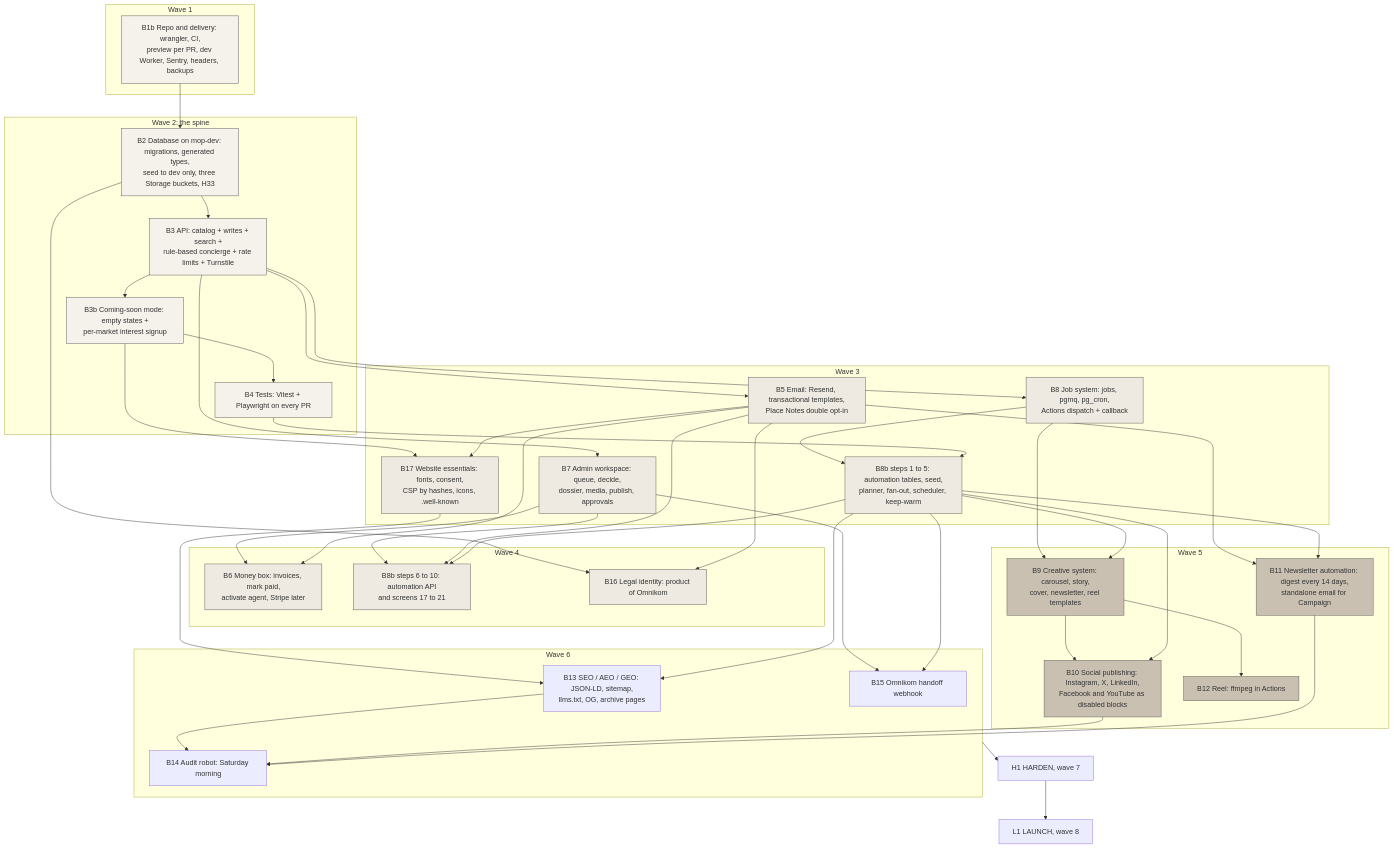
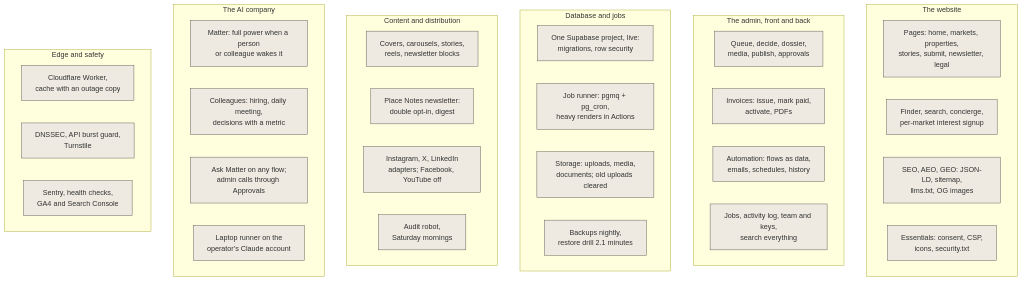
Before and after one commit to AbdulrahmanAmer/matter-of-place: the second of 3 diagrams in workspace/03-diagrams/completion-map.md, drawn with Mermaid. The commit also changed other lines of this file and 24 other files, not shown here.

First line of the commit message:
diagrams: where we stand by the operator's definition, the AI company and its power rules (H100, H101), the system map with everything built, 30 admin screens; pictures re-rendered

````diff
--- a/workspace/03-diagrams/completion-map.md
+++ b/workspace/03-diagrams/completion-map.md
@@ -26,74 +32,41 @@
 ```mermaid
 flowchart TB
-  subgraph W1["Wave 1"]
-    B1[B1b Repo and delivery: wrangler, CI,<br/>preview per PR, dev Worker, Sentry, headers, backups]
+  subgraph SITE["The website"]
+    P1[Pages: home, markets, properties,<br/>stories, submit, newsletter, legal]
+    P2[Finder, search, concierge,<br/>per-market interest signup]
+    P3[SEO, AEO, GEO: JSON-LD, sitemap,<br/>llms.txt, OG images]
+    P4[Essentials: consent, CSP,<br/>icons, security.txt]
   end
-  subgraph W2["Wave 2: the spine"]
-    B2[B2 Database on mop-dev: migrations, generated types,<br/>seed to dev only, three Storage buckets, H33]
-    B3[B3 API: catalog + writes + search +<br/>rule-based concierge + rate limits + Turnstile]
-    B3b[B3b Coming-soon mode: empty states +<br/>per-market interest signup]
-    B4[B4 Tests: Vitest + Playwright on every PR]
+  subgraph ADMIN["The admin, front and back"]
+    A1[Queue, decide, dossier,<br/>media, publish, approvals]
+    A2[Invoices: issue, mark paid,<br/>activate, PDFs]
+    A3[Automation: flows as data,<br/>emails, schedules, history]
+    A4[Jobs, activity log, team and keys,<br/>search everything]
   end
-  subgraph W3["Wave 3"]
-    B8[B8 Job system: jobs, pgmq, pg_cron,<br/>Actions dispatch + callback]
-    B8b1[B8b steps 1 to 5: automation tables, seed,<br/>planner, fan-out, scheduler, keep-warm]
-    B5[B5 Email: Resend, transactional templates,<br/>Place Notes double opt-in]
-    B7[B7 Admin workspace: queue, decide,<br/>dossier, media, publish, approvals]
-    B17[B17 Website essentials: fonts, consent,<br/>CSP by hashes, icons, .well-known]
+  subgraph DATA["Database and jobs"]
+    D1[One Supabase project, live:<br/>migrations, row security]
+    D2[Job runner: pgmq + pg_cron,<br/>heavy renders in Actions]
+    D3[Storage: uploads, media,<br/>documents; old uploads cleared]
+    D4[Backups nightly,<br/>restore drill 2.1 minutes]
   end
-  subgraph W4["Wave 4"]
-    B6[B6 Money box: invoices, mark paid,<br/>activate agent, Stripe later]
-    B8b2[B8b steps 6 to 10: automation API<br/>and screens 17 to 21]
-    B16[B16 Legal identity: product of Omnikom]
+  subgraph CONTENT["Content and distribution"]
+    C1[Covers, carousels, stories,<br/>reels, newsletter blocks]
+    C2[Place Notes newsletter:<br/>double opt-in, digest]
+    C3[Instagram, X, LinkedIn<br/>adapters; Facebook, YouTube off]
+    C4[Audit robot,<br/>Saturday mornings]
   end
-  subgraph W5["Wave 5"]
-    B9[B9 Creative system: carousel, story,<br/>cover, newsletter, reel templates]
-    B10[B10 Social publishing: Instagram, X, LinkedIn,<br/>Facebook and YouTube as disabled blocks]
-    B11[B11 Newsletter automation: digest every 14 days,<br/>standalone email for Campaign]
-    B12[B12 Reel: ffmpeg in Actions]
+  subgraph AI["The AI company"]
+    M1[Matter: full power when a person<br/>or colleague wakes it]
+    M2[Colleagues: hiring, daily meeting,<br/>decisions with a metric]
+    M3[Ask Matter on any flow;<br/>admin calls through Approvals]
+    M4[Laptop runner on the<br/>operator's Claude account]
   end
-  subgraph W6["Wave 6"]
-    B13[B13 SEO / AEO / GEO: JSON-LD, sitemap,<br/>llms.txt, OG, archive pages]
-    B14[B14 Audit robot: Saturday morning]
-    B15[B15 Omnikom handoff webhook]
+  subgraph EDGE["Edge and safety"]
+    E1[Cloudflare Worker,<br/>cache with an outage copy]
+    E2[DNSSEC, API burst guard,<br/>Turnstile]
+    E3[Sentry, health checks,<br/>GA4 and Search Console]
   end
-  H1[H1 HARDEN, wave 7]
-  L1[L1 LAUNCH, wave 8]
 
-  B1 --> B2 --> B3 --> B3b --> B4
-  B3 --> B8 --> B8b1
-  B4 --> B8b1
-  B3 --> B5
-  B3 --> B7
-  B3b --> B17
-  B5 --> B17
-  B2 --> B16
-  B5 --> B16
-  B7 --> B6
-  B5 --> B6
-  B7 --> B8b2
-  B5 --> B8b2
-  B8b1 --> B8b2
-  B8 --> B9
-  B8b1 --> B9
-  B9 --> B10
-  B8b1 --> B10
-  B5 --> B11
-  B8b1 --> B11
-  B9 --> B12
-  B17 --> B13
-  B8b1 --> B13
-  B13 --> B14
-  B10 --> B14
-  B11 --> B14
-  B7 --> B15
-  B8b1 --> B15
-  W6 --> H1 --> L1
-
-  classDef found fill:#F5F2EB,stroke:#575751;
-  classDef ops fill:#EEEAE1,stroke:#575751;
-  classDef content fill:#C9C0B2,stroke:#575751;
-  class B1,B2,B3,B3b,B4 found;
-  class B5,B6,B7,B8,B8b1,B8b2,B16,B17 ops;
-  class B9,B10,B11,B12 content;
+  classDef done fill:#EEEAE1,stroke:#575751;
+  class P1,P2,P3,P4,A1,A2,A3,A4,D1,D2,D3,D4,C1,C2,C3,C4,M1,M2,M3,M4,E1,E2,E3 done;
 ```
````
